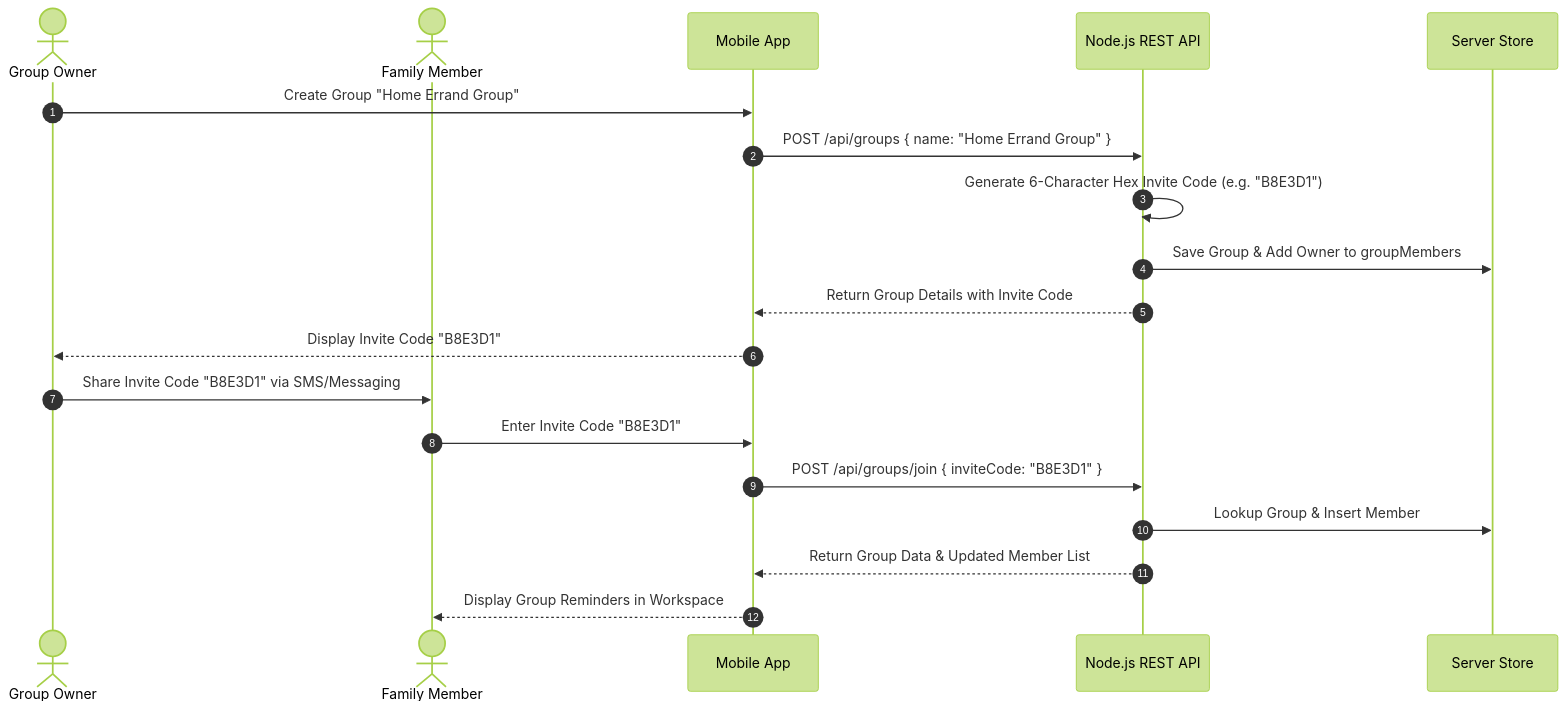
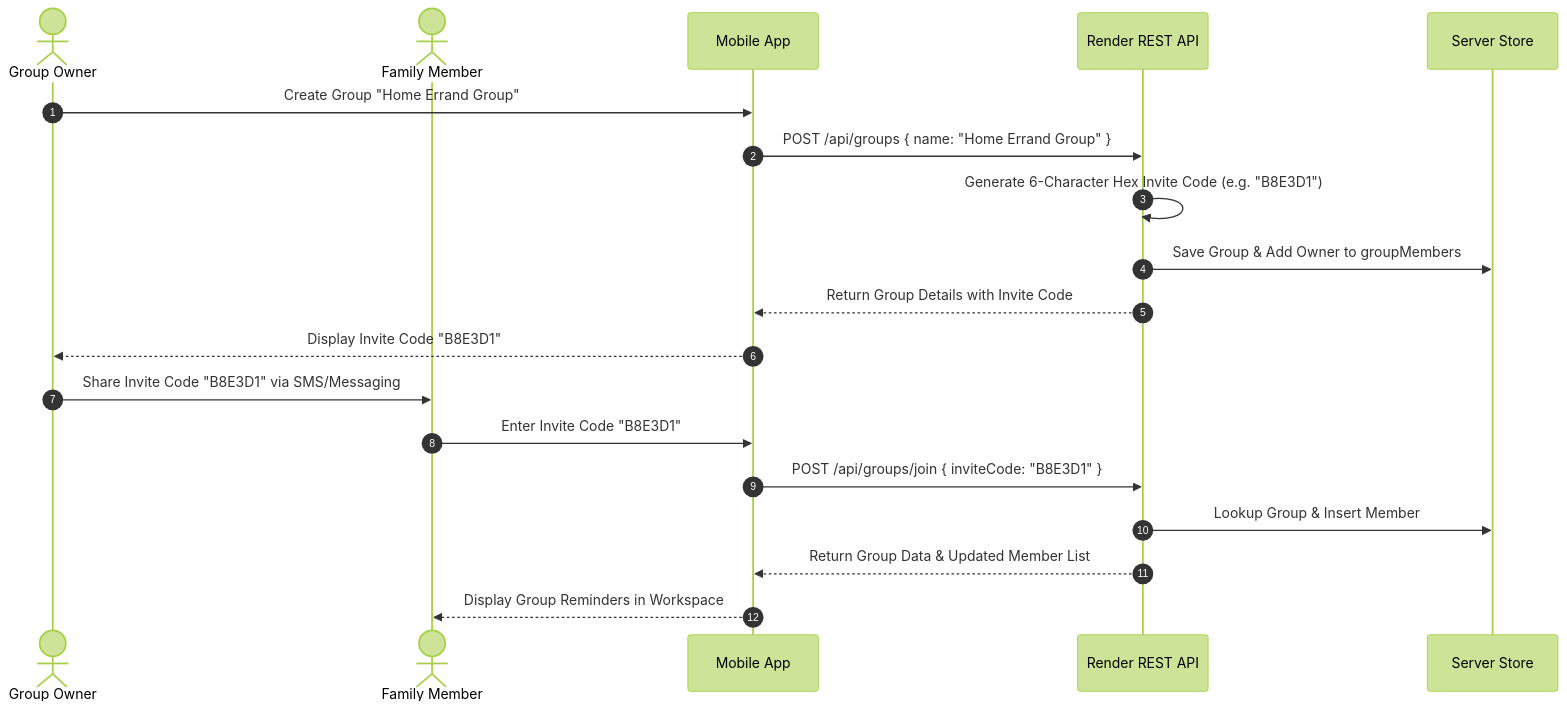
Before and after one commit to TheOrionGD/SmartSpot: the fifth of 5 diagrams in README.md, drawn with Mermaid (forest theme). The commit also changed other lines of this file, not shown here.

Commit message:
docs: update system documentation, live Render backend URL, and release metadata

````diff
--- a/README.md
+++ b/README.md
@@ -357,23 +360,23 @@
 ```mermaid
 sequenceDiagram
     autonumber
     actor Owner as Group Owner
     actor Member as Family Member
     participant Flutter as Mobile App
-    participant Server as Node.js REST API
+    participant Server as Render REST API
     participant DB as Server Store
 
     Owner->>Flutter: Create Group "Home Errand Group"
     Flutter->>Server: POST /api/groups { name: "Home Errand Group" }
     Server->>Server: Generate 6-Character Hex Invite Code (e.g. "B8E3D1")
     Server->>DB: Save Group & Add Owner to groupMembers
     Server-->>Flutter: Return Group Details with Invite Code
     Flutter-->>Owner: Display Invite Code "B8E3D1"
 
     Owner->>Member: Share Invite Code "B8E3D1" via SMS/Messaging
     Member->>Flutter: Enter Invite Code "B8E3D1"
     Flutter->>Server: POST /api/groups/join { inviteCode: "B8E3D1" }
     Server->>DB: Lookup Group & Insert Member
     Server-->>Flutter: Return Group Data & Updated Member List
     Flutter-->>Member: Display Group Reminders in Workspace
 ```
````
